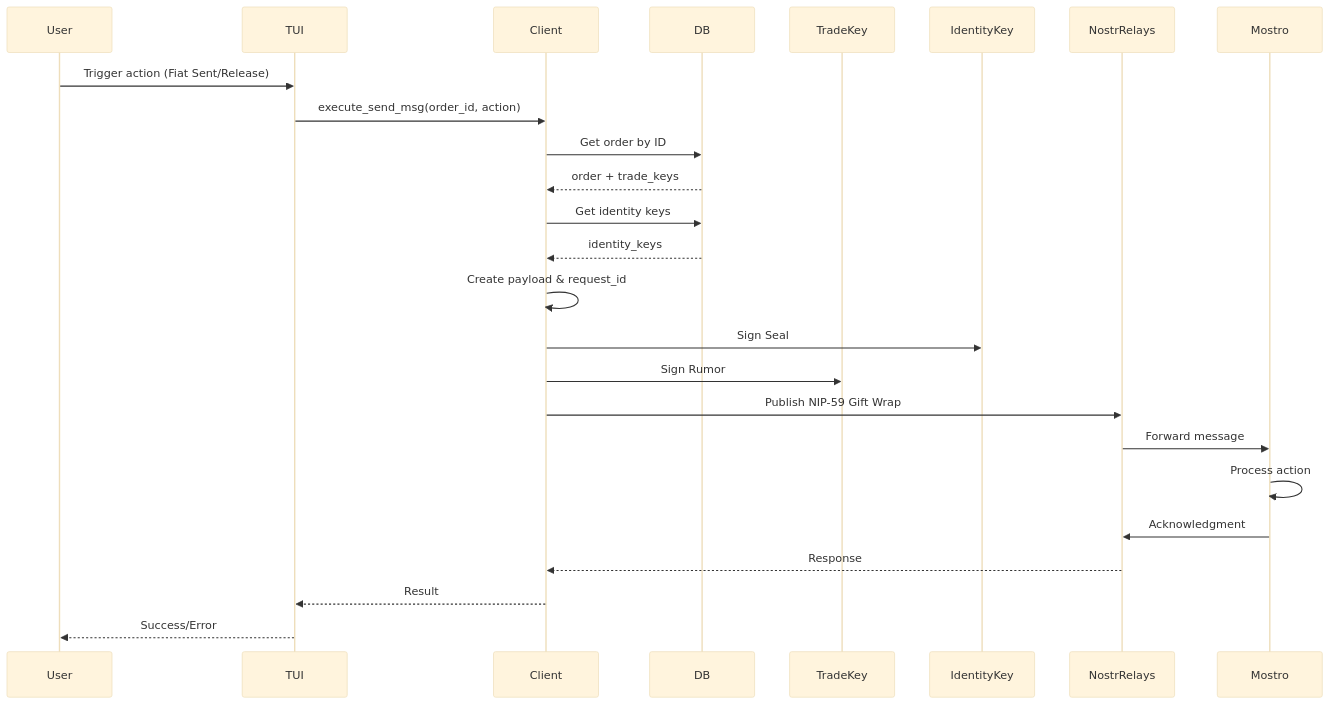
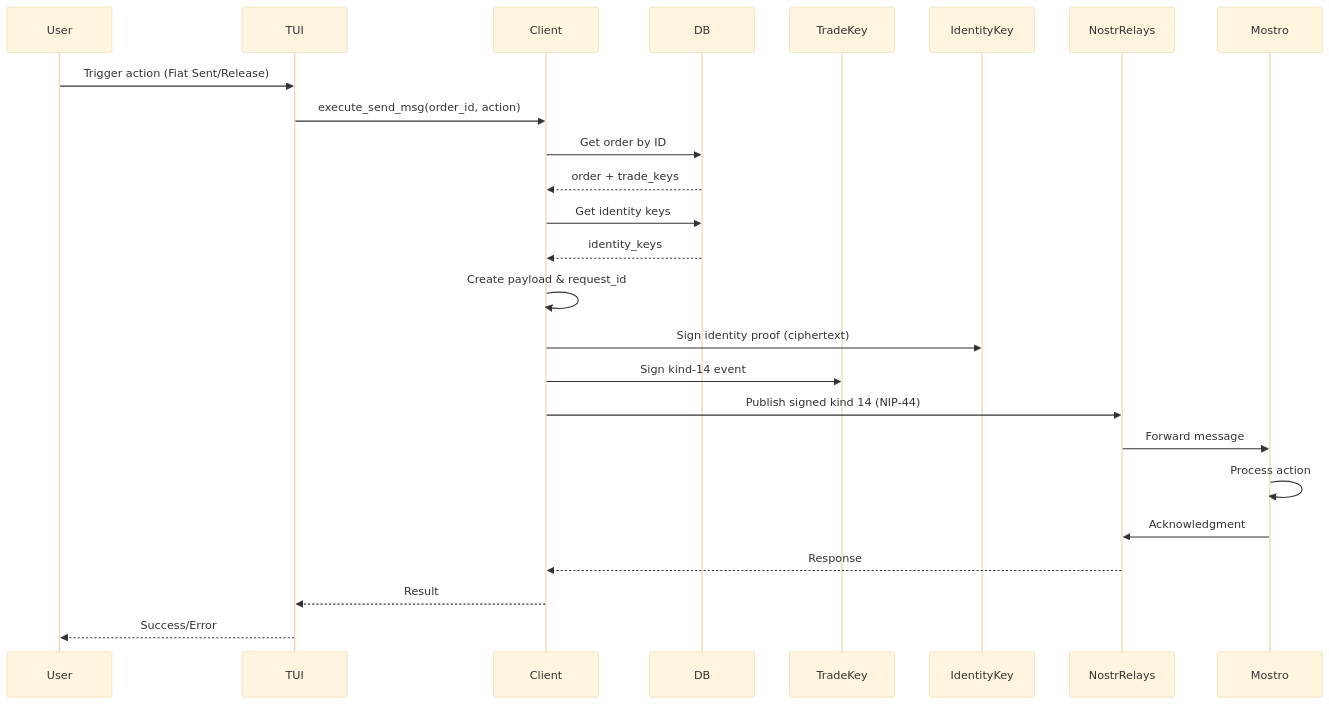
The fourth of 7 diagrams in docs/MESSAGE_FLOW_AND_PROTOCOL.md (MostroP2P/mostrix), drawn with Mermaid (base theme) before and after one commit. The commit also changed other lines of this file and 5 other files, not shown here.

````diff
--- a/docs/MESSAGE_FLOW_AND_PROTOCOL.md
+++ b/docs/MESSAGE_FLOW_AND_PROTOCOL.md
@@ -376,28 +357,28 @@
 ```mermaid
 sequenceDiagram
     participant User
     participant TUI
     participant Client
     participant DB
     participant TradeKey
     participant IdentityKey
     participant NostrRelays
     participant Mostro
 
     User->>TUI: Trigger action (Fiat Sent/Release)
     TUI->>Client: execute_send_msg(order_id, action)
     Client->>DB: Get order by ID
     DB-->>Client: order + trade_keys
     Client->>DB: Get identity keys
     DB-->>Client: identity_keys
     Client->>Client: Create payload & request_id
-    Client->>IdentityKey: Sign Seal
-    Client->>TradeKey: Sign Rumor
-    Client->>NostrRelays: Publish NIP-59 Gift Wrap
+    Client->>IdentityKey: Sign identity proof (ciphertext)
+    Client->>TradeKey: Sign kind-14 event
+    Client->>NostrRelays: Publish signed kind 14 (NIP-44)
     NostrRelays->>Mostro: Forward message
     Mostro->>Mostro: Process action
     Mostro->>NostrRelays: Acknowledgment
     NostrRelays-->>Client: Response
     Client-->>TUI: Result
     TUI-->>User: Success/Error
 ```
````
